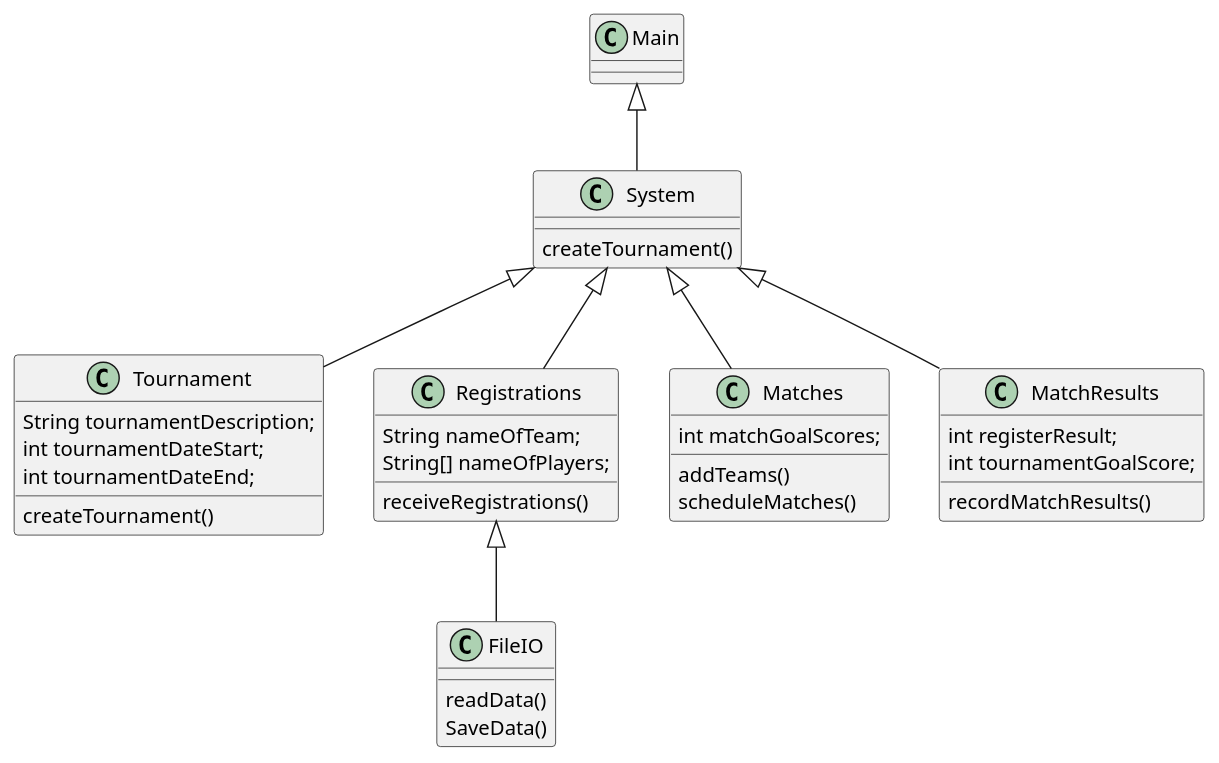
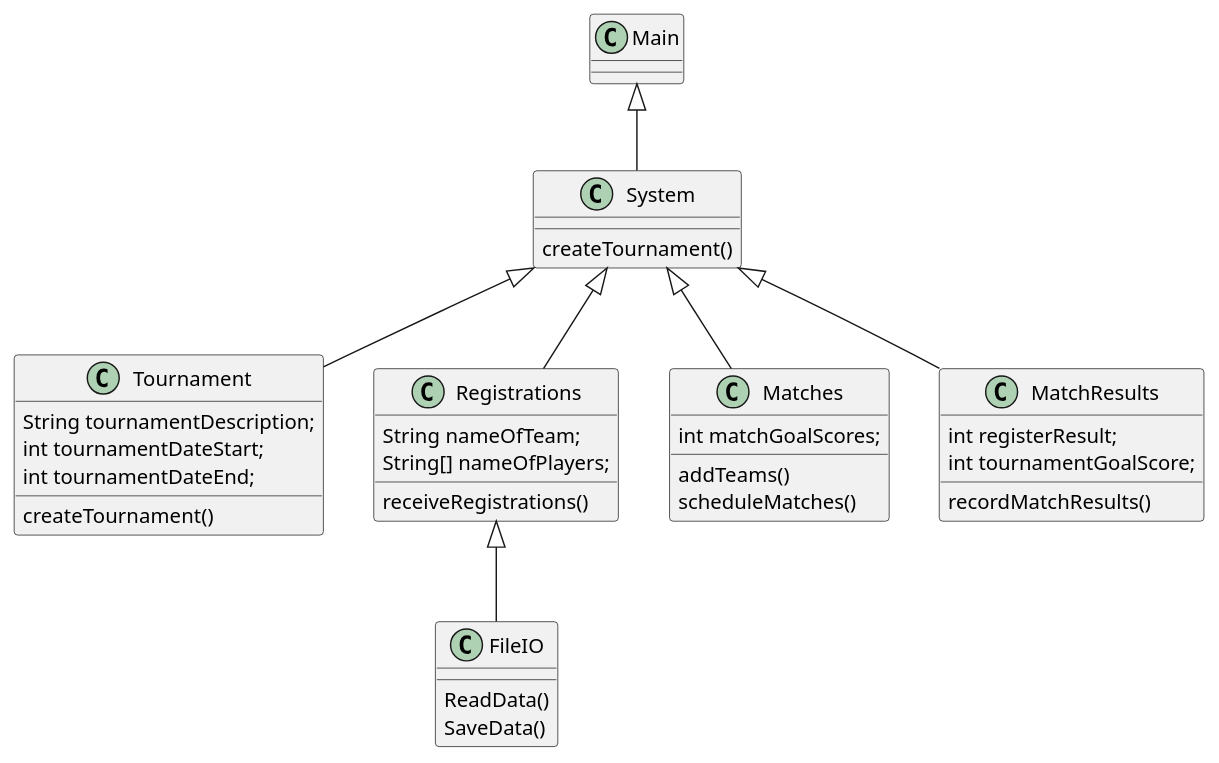
The diagram in Documentation/KlasseDiagram.puml (NikolajKaspersen/Tournament), drawn with PlantUML before and after one commit.

Commit message:
KlasseDiagram

```diff
--- a/Documentation/KlasseDiagram.puml
+++ b/Documentation/KlasseDiagram.puml
@@ -1,53 +1,53 @@
 @startuml
 class System
 {
     createTournament()
 }
 
 class Tournament
 {
     String tournamentDescription;
     int tournamentDateStart;
     int tournamentDateEnd;
 
     createTournament()
 }
 
 class Registrations
 {
     String nameOfTeam;
     String[] nameOfPlayers;
 
     receiveRegistrations()
 }
 
 class Matches
 {
     int matchGoalScores;
 
     addTeams()
     scheduleMatches()
 }
 
 class MatchResults
 {
     int registerResult;
     int tournamentGoalScore;
 
     recordMatchResults()
 }
 
 class FileIO
 {
-readData()
+ReadData()
 SaveData()
 }
 
 System <|-- Tournament
 System <|-- Registrations
 System <|-- Matches
 System <|-- MatchResults
 Registrations <|-- FileIO
 Main <|-- System
 
 @enduml
```
